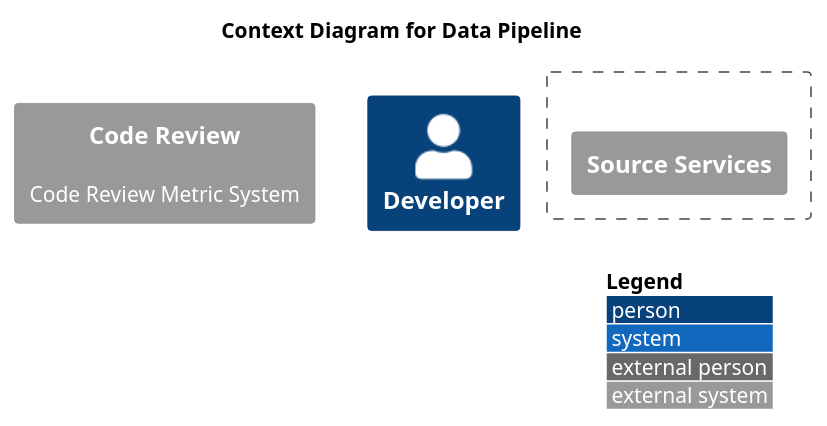
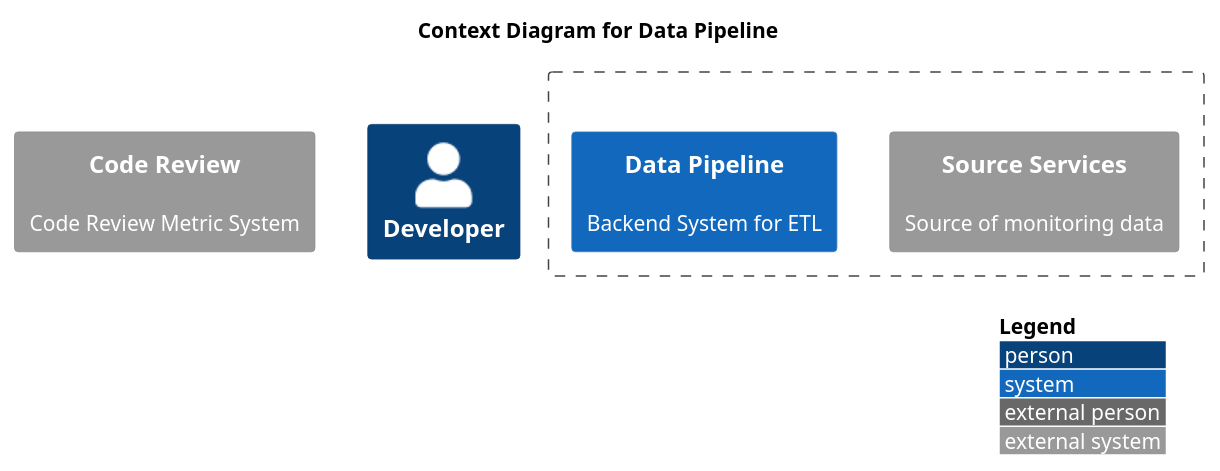
Before and after one commit to yanghoon/obsidian-workspace: the diagram in _diary/2024-06-19.md, drawn with PlantUML.

Commit message:
vault backup: 2024-06-19 22:25:23

````diff
--- a/_diary/2024-06-19.md
+++ b/_diary/2024-06-19.md
@@ -3,16 +3,16 @@
 ```plantuml
 !include <C4/C4_Context.puml>
 
 LAYOUT_WITH_LEGEND()
 
 title Context Diagram for Data Pipeline
 
 System_Ext(review, "Code Review", "Code Review Metric System")
-
 Boundary(system, "") {
-	System_Ext(service, "Source Services")
+	System_Ext(service, "Source Services", "Source of monitoring data")
+	System(app, "Data Pipeline", "Backend System for ETL")
 }
-
 Person(developer, "Developer", "")
 
+
 ```
````
